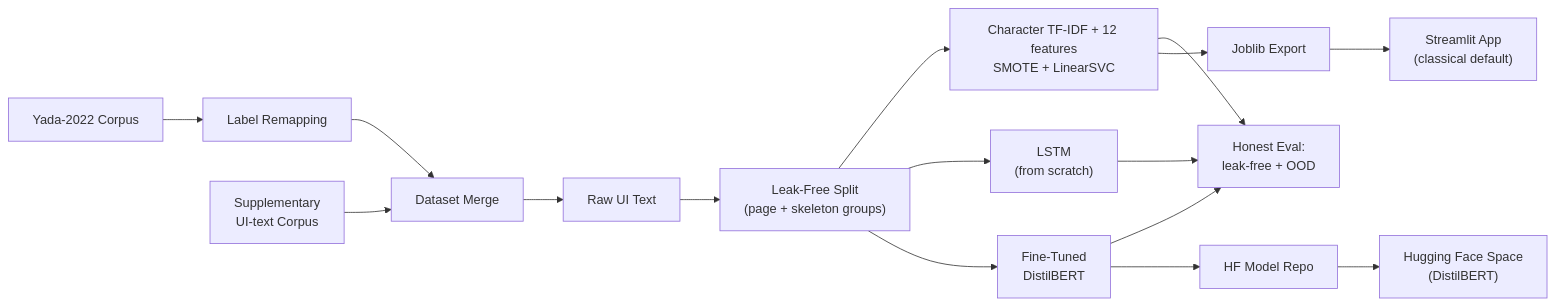
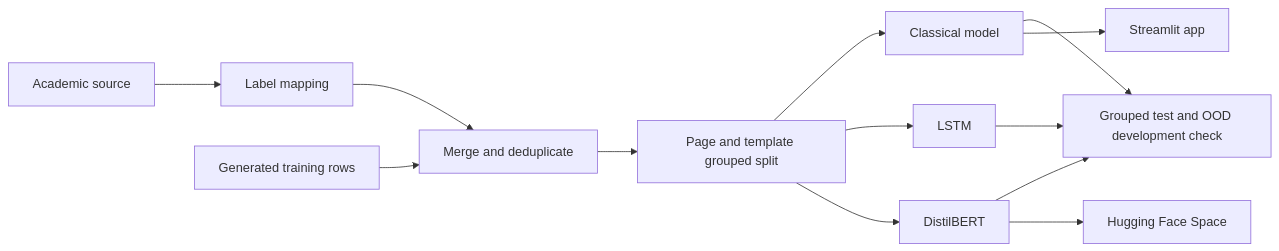
Before and after one commit to goyashek/dark-pattern-detector: the diagram in README.md, drawn with Mermaid. The commit also changed other lines of this file and 11 other files, not shown here.

````diff
--- a/README.md
+++ b/README.md
@@ -70,21 +101,15 @@
 ```mermaid
 flowchart LR
-
-    A["Yada-2022 Corpus"] --> B["Label Remapping"]
-    C["Supplementary<br/>UI-text Corpus"] --> D["Dataset Merge"]
+    A["Academic source"] --> B["Label mapping"]
+    C["Generated training rows"] --> D["Merge and deduplicate"]
     B --> D
-
-    D --> E["Raw UI Text"]
-    E --> F["Leak-Free Split<br/>(page + skeleton groups)"]
-
-    F --> G["Character TF-IDF + 12 features<br/>SMOTE + LinearSVC"]
-    F --> H["LSTM<br/>(from scratch)"]
-    F --> I["Fine-Tuned<br/>DistilBERT"]
-
-    G --> J["Honest Eval:<br/>leak-free + OOD"]
-    H --> J
-    I --> J
-
-    G --> K["Joblib Export"] --> L["Streamlit App<br/>(classical default)"]
-    I --> M["HF Model Repo"] --> N["Hugging Face Space<br/>(DistilBERT)"]
+    D --> E["Page and template grouped split"]
+    E --> F["Classical model"]
+    E --> G["LSTM"]
+    E --> H["DistilBERT"]
+    F --> I["Grouped test and OOD development check"]
+    G --> I
+    H --> I
+    F --> J["Streamlit app"]
+    H --> K["Hugging Face Space"]
 ```
````
